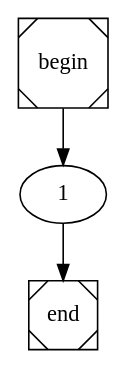
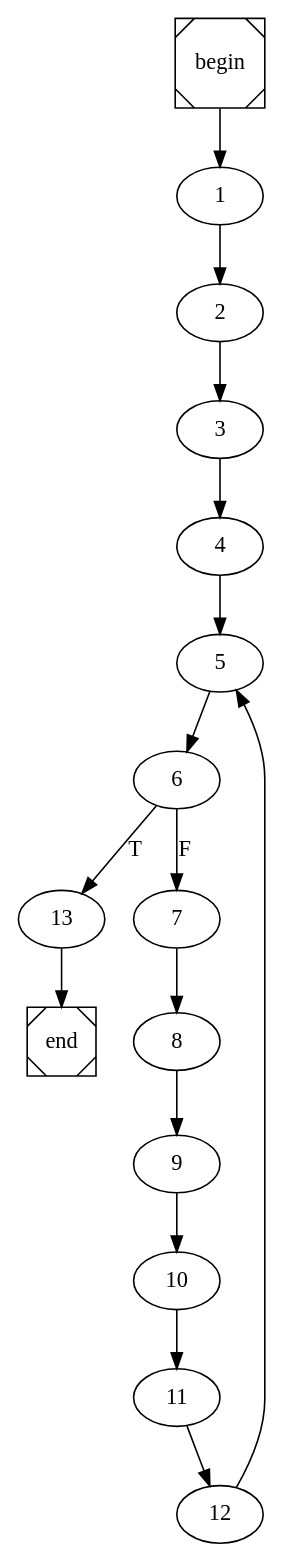
One commit to arubenruben/JMM-Compiler changed the diagram in main.dot. Above: the diagram before and after it, drawn with Graphviz. The commit also changed 3 other files, not shown here.

```diff
--- a/main.dot
+++ b/main.dot
@@ -1,4 +1,4 @@
 digraph cfg {
 	begin [shape=Msquare];
 	end [shape=Msquare];
-	begin -> 1;	1 -> end;}
+	begin -> 1;	1 -> 2;	2 -> 3;	3 -> 4;	4 -> 5;	5 -> 6;	6 -> 13[label=T];	6 -> 7[label=F];	7 -> 8;	8 -> 9;	9 -> 10;	10 -> 11;	11 -> 12;	12 -> 5;	13 -> end;}
```
